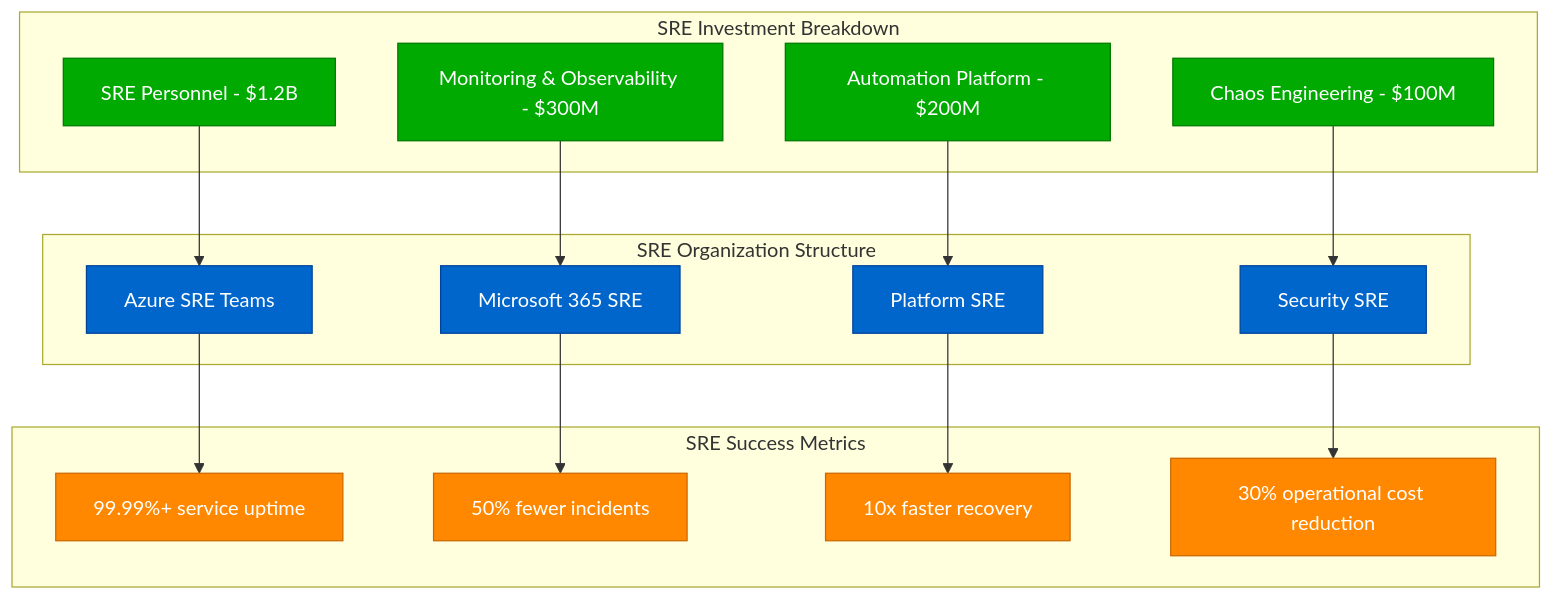
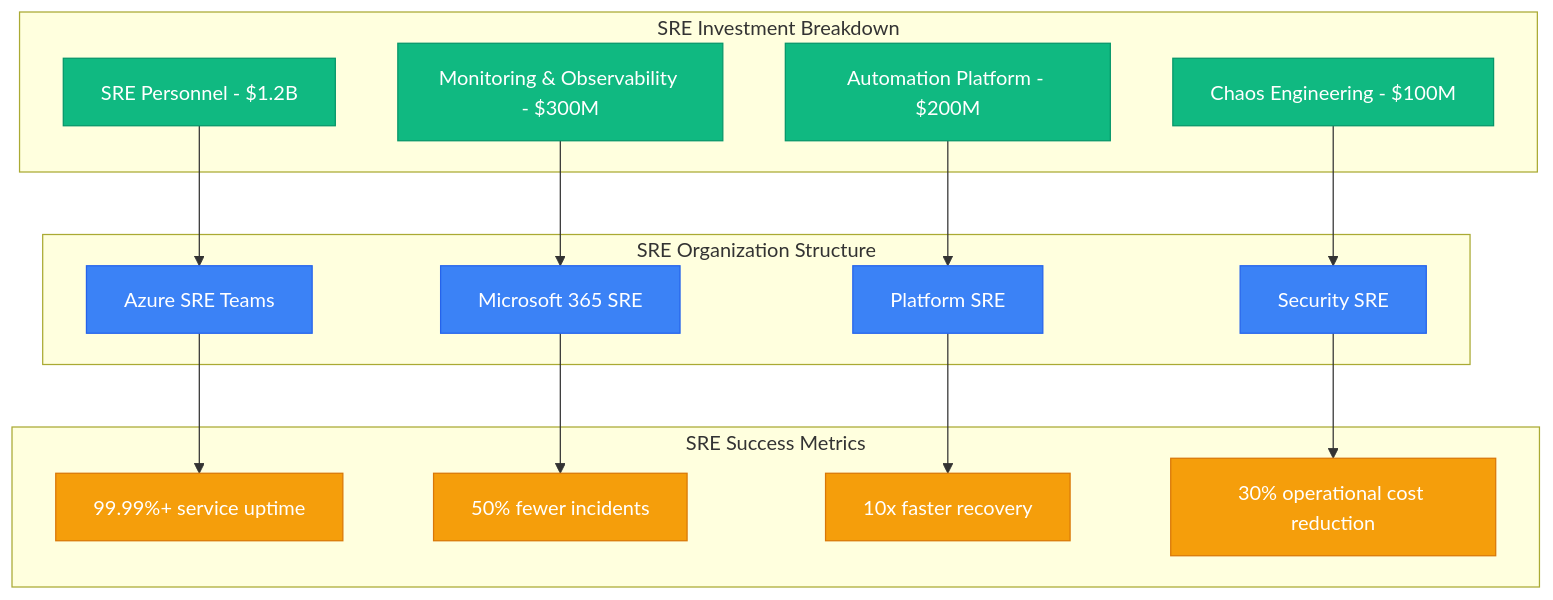
Before and after one commit to deepaucksharma/DS: the tenth of 12 diagrams in site/docs/systems/microsoft/cost-breakdown.md, drawn with Mermaid. The commit also changed other lines of this file and 303 other files, not shown here.

````diff
--- a/site/docs/systems/microsoft/cost-breakdown.md
+++ b/site/docs/systems/microsoft/cost-breakdown.md
@@ -400,41 +400,41 @@
 ```mermaid
 graph TB
     subgraph SREInvestment[SRE Investment Breakdown]
         SRE_PERSONNEL[SRE Personnel - $1.2B]
         MONITORING_TOOLS[Monitoring & Observability - $300M]
         AUTOMATION_PLATFORM[Automation Platform - $200M]
         CHAOS_ENGINEERING[Chaos Engineering - $100M]
     end
 
     subgraph SREOrganization[SRE Organization Structure]
         AZURE_SRE[Azure SRE Teams]
         M365_SRE[Microsoft 365 SRE]
         PLATFORM_SRE[Platform SRE]
         SECURITY_SRE[Security SRE]
     end
 
     subgraph SREMetrics[SRE Success Metrics]
         UPTIME_IMPROVEMENT[99.99%+ service uptime]
         INCIDENT_REDUCTION[50% fewer incidents]
         MTTR_IMPROVEMENT[10x faster recovery]
         COST_AVOIDANCE[30% operational cost reduction]
     end
 
     SRE_PERSONNEL --> AZURE_SRE
     MONITORING_TOOLS --> M365_SRE
     AUTOMATION_PLATFORM --> PLATFORM_SRE
     CHAOS_ENGINEERING --> SECURITY_SRE
 
     AZURE_SRE --> UPTIME_IMPROVEMENT
     M365_SRE --> INCIDENT_REDUCTION
     PLATFORM_SRE --> MTTR_IMPROVEMENT
     SECURITY_SRE --> COST_AVOIDANCE
 
-    classDef investmentStyle fill:#00AA00,stroke:#007700,color:#fff
-    classDef orgStyle fill:#0066CC,stroke:#004499,color:#fff
-    classDef metricsStyle fill:#FF8800,stroke:#CC6600,color:#fff
+    classDef investmentStyle fill:#10B981,stroke:#059669,color:#fff
+    classDef orgStyle fill:#3B82F6,stroke:#2563EB,color:#fff
+    classDef metricsStyle fill:#F59E0B,stroke:#D97706,color:#fff
 
     class SRE_PERSONNEL,MONITORING_TOOLS,AUTOMATION_PLATFORM,CHAOS_ENGINEERING investmentStyle
     class AZURE_SRE,M365_SRE,PLATFORM_SRE,SECURITY_SRE orgStyle
     class UPTIME_IMPROVEMENT,INCIDENT_REDUCTION,MTTR_IMPROVEMENT,COST_AVOIDANCE metricsStyle
 ```
````
